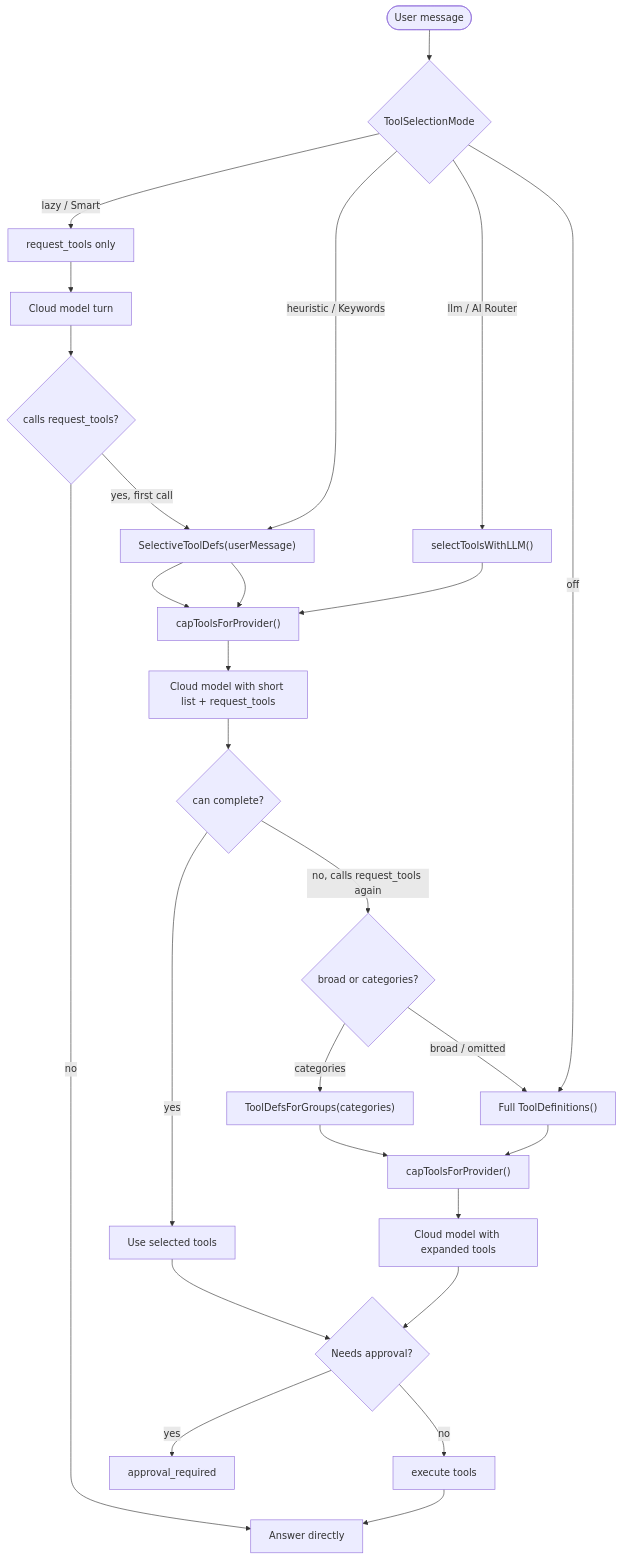
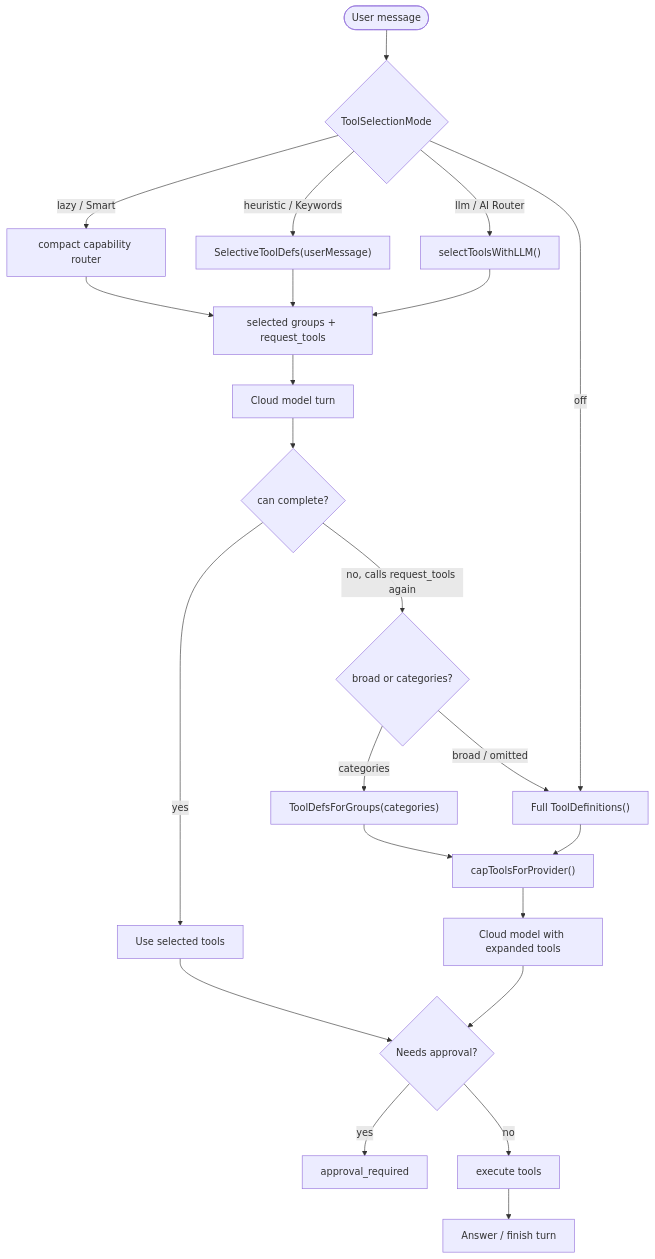
One commit to rodeelh/Atlas changed the diagram in docs/heuristic-agent.md. Above: the diagram before and after it, drawn with Mermaid. The commit also changed other lines of this file and 79 other files, not shown here.

````diff
--- a/docs/heuristic-agent.md
+++ b/docs/heuristic-agent.md
@@ -20,32 +18,28 @@
 ```mermaid
 flowchart TD
     USER(["User message"]) --> MODE{"ToolSelectionMode"}
 
-    MODE -- "lazy / Smart" --> META["request_tools only"]
+    MODE -- "lazy / Smart" --> SMART["compact capability router"]
     MODE -- "heuristic / Keywords" --> SHORT["SelectiveToolDefs(userMessage)"]
     MODE -- "llm / AI Router" --> LLM["selectToolsWithLLM()"]
     MODE -- "off" --> FULL["Full ToolDefinitions()"]
 
-    META --> CLOUD["Cloud model turn"]
-    CLOUD --> NEEDS{"calls request_tools?"}
-    NEEDS -- "no" --> DONE["Answer directly"]
-    NEEDS -- "yes, first call" --> SHORT
-    SHORT --> CAP1["capToolsForProvider()"]
-    CAP1 --> CLOUD2["Cloud model with short list + request_tools"]
-    CLOUD2 --> ENOUGH{"can complete?"}
+    SMART --> CAP1["selected groups + request_tools"]
+    SHORT --> CAP1
+    CAP1 --> CLOUD["Cloud model turn"]
+    CLOUD --> ENOUGH{"can complete?"}
     ENOUGH -- "yes" --> TOOLS["Use selected tools"]
     ENOUGH -- "no, calls request_tools again" --> BROAD{"broad or categories?"}
     BROAD -- "categories" --> CAT["ToolDefsForGroups(categories)"]
     BROAD -- "broad / omitted" --> FULL
     CAT --> CAP2["capToolsForProvider()"]
     FULL --> CAP2
-    CAP2 --> CLOUD3["Cloud model with expanded tools"]
+    CAP2 --> CLOUD2["Cloud model with expanded tools"]
     LLM --> CAP1
-    SHORT --> CAP1
 
     TOOLS --> APPROVAL{"Needs approval?"}
-    CLOUD3 --> APPROVAL
+    CLOUD2 --> APPROVAL
     APPROVAL -- "yes" --> DEFER["approval_required"]
     APPROVAL -- "no" --> EXEC["execute tools"]
-    EXEC --> DONE
+    EXEC --> DONE["Answer / finish turn"]
 ```
````
